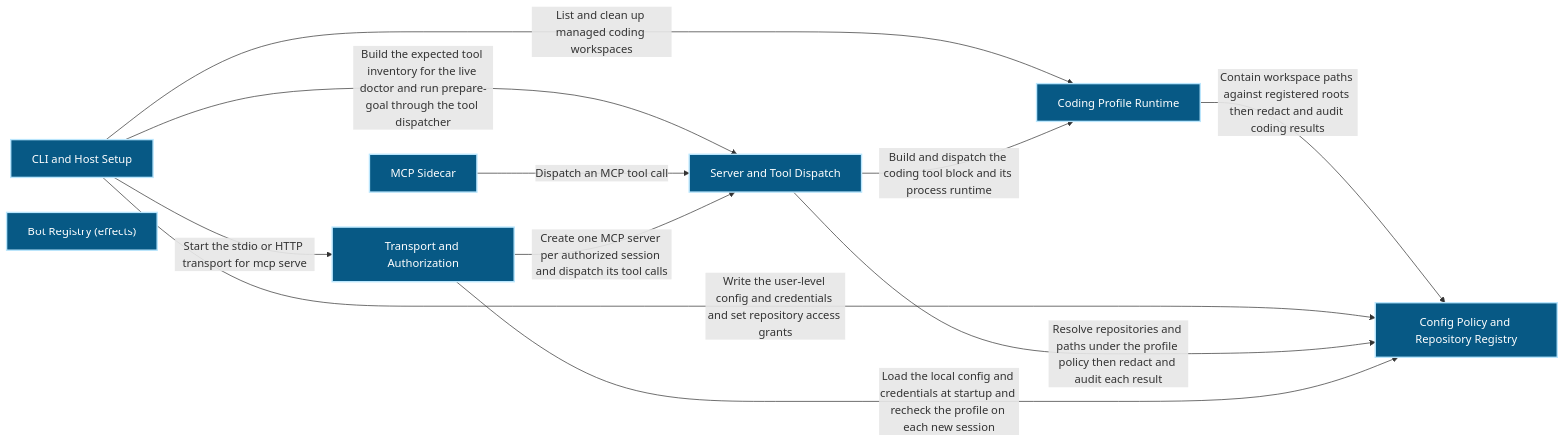
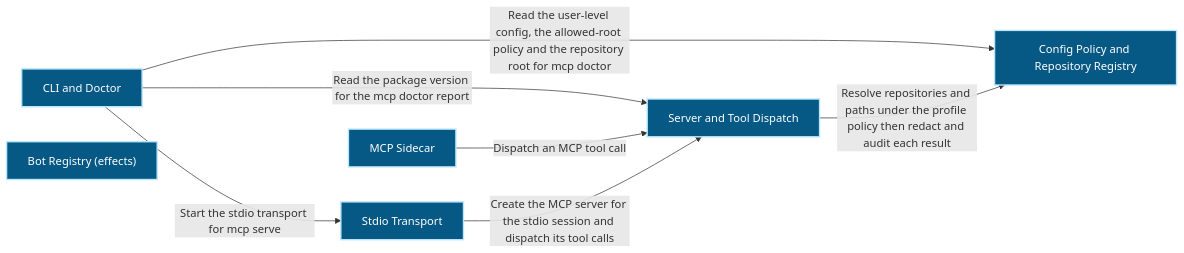
Before and after one commit to Ancienttwo/repo-harness: the first of 3 diagrams in docs/architecture/modules/runtime-harness/mcp-sidecar.md, drawn with Mermaid. The commit also changed other lines of this file and 20 other files, not shown here.

First line of the commit message:
chore(projection): refresh generated architecture outputs for main@a81f342c0eb6

````diff
--- a/docs/architecture/modules/runtime-harness/mcp-sidecar.md
+++ b/docs/architecture/modules/runtime-harness/mcp-sidecar.md
@@ -15,24 +15,19 @@
 ```mermaid
 flowchart LR
   p1_capability_runtime_harness_mcp_sidecar_4e12aaf3["MCP Sidecar"]:::component
-  p1_component_mcp_sidecar_coding_profile_c04b21a1["Coding Profile Runtime"]:::component
-  p1_component_mcp_sidecar_host_setup_a05a1958["CLI and Host Setup"]:::component
+  p1_component_mcp_sidecar_host_setup_a05a1958["CLI and Doctor"]:::component
   p1_component_mcp_sidecar_primary_8f9b418c["Server and Tool Dispatch"]:::component
   p1_component_mcp_sidecar_repo_policy_registry_40f1ea26["Config Policy and Repository Registry"]:::component
   p1_component_mcp_sidecar_repo_policy_registry_effects_6c93657b["Bot Registry (effects)"]:::component
-  p1_component_mcp_sidecar_transport_auth_2511e63e["Transport and Authorization"]:::component
-  p1_component_mcp_sidecar_coding_profile_c04b21a1 -->|"Contain workspace paths against registered roots then redact and audit coding results"| p1_component_mcp_sidecar_repo_policy_registry_40f1ea26
-  p1_component_mcp_sidecar_host_setup_a05a1958 -->|"List and clean up managed coding workspaces"| p1_component_mcp_sidecar_coding_profile_c04b21a1
-  p1_component_mcp_sidecar_host_setup_a05a1958 -->|"Build the expected tool inventory for the live doctor and run prepare-goal through the tool dispatcher"| p1_component_mcp_sidecar_primary_8f9b418c
-  p1_component_mcp_sidecar_host_setup_a05a1958 -->|"Write the user-level config and credentials and set repository access grants"| p1_component_mcp_sidecar_repo_policy_registry_40f1ea26
-  p1_component_mcp_sidecar_host_setup_a05a1958 -->|"Start the stdio or HTTP transport for mcp serve"| p1_component_mcp_sidecar_transport_auth_2511e63e
+  p1_component_mcp_sidecar_transport_auth_2511e63e["Stdio Transport"]:::component
+  p1_component_mcp_sidecar_host_setup_a05a1958 -->|"Read the package version for the mcp doctor report"| p1_component_mcp_sidecar_primary_8f9b418c
+  p1_component_mcp_sidecar_host_setup_a05a1958 -->|"Read the user-level config#44; the allowed-root policy and the repository root for mcp doctor"| p1_component_mcp_sidecar_repo_policy_registry_40f1ea26
+  p1_component_mcp_sidecar_host_setup_a05a1958 -->|"Start the stdio transport for mcp serve"| p1_component_mcp_sidecar_transport_auth_2511e63e
   p1_capability_runtime_harness_mcp_sidecar_4e12aaf3 -->|"Dispatch an MCP tool call"| p1_component_mcp_sidecar_primary_8f9b418c
-  p1_component_mcp_sidecar_primary_8f9b418c -->|"Build and dispatch the coding tool block and its process runtime"| p1_component_mcp_sidecar_coding_profile_c04b21a1
   p1_component_mcp_sidecar_primary_8f9b418c -->|"Resolve repositories and paths under the profile policy then redact and audit each result"| p1_component_mcp_sidecar_repo_policy_registry_40f1ea26
-  p1_component_mcp_sidecar_transport_auth_2511e63e -->|"Create one MCP server per authorized session and dispatch its tool calls"| p1_component_mcp_sidecar_primary_8f9b418c
-  p1_component_mcp_sidecar_transport_auth_2511e63e -->|"Load the local config and credentials at startup and recheck the profile on each new session"| p1_component_mcp_sidecar_repo_policy_registry_40f1ea26
+  p1_component_mcp_sidecar_transport_auth_2511e63e -->|"Create the MCP server for the stdio session and dispatch its tool calls"| p1_component_mcp_sidecar_primary_8f9b418c
   classDef actor fill:#111827,color:#ffffff,stroke:#f9fafb,stroke-width:2px
   classDef component fill:#075985,color:#ffffff,stroke:#bae6fd,stroke-width:2px
   classDef datastore fill:#3f6212,color:#ffffff,stroke:#d9f99d,stroke-width:2px
   classDef external fill:#7c2d12,color:#ffffff,stroke:#fed7aa,stroke-width:2px
 ```
````
